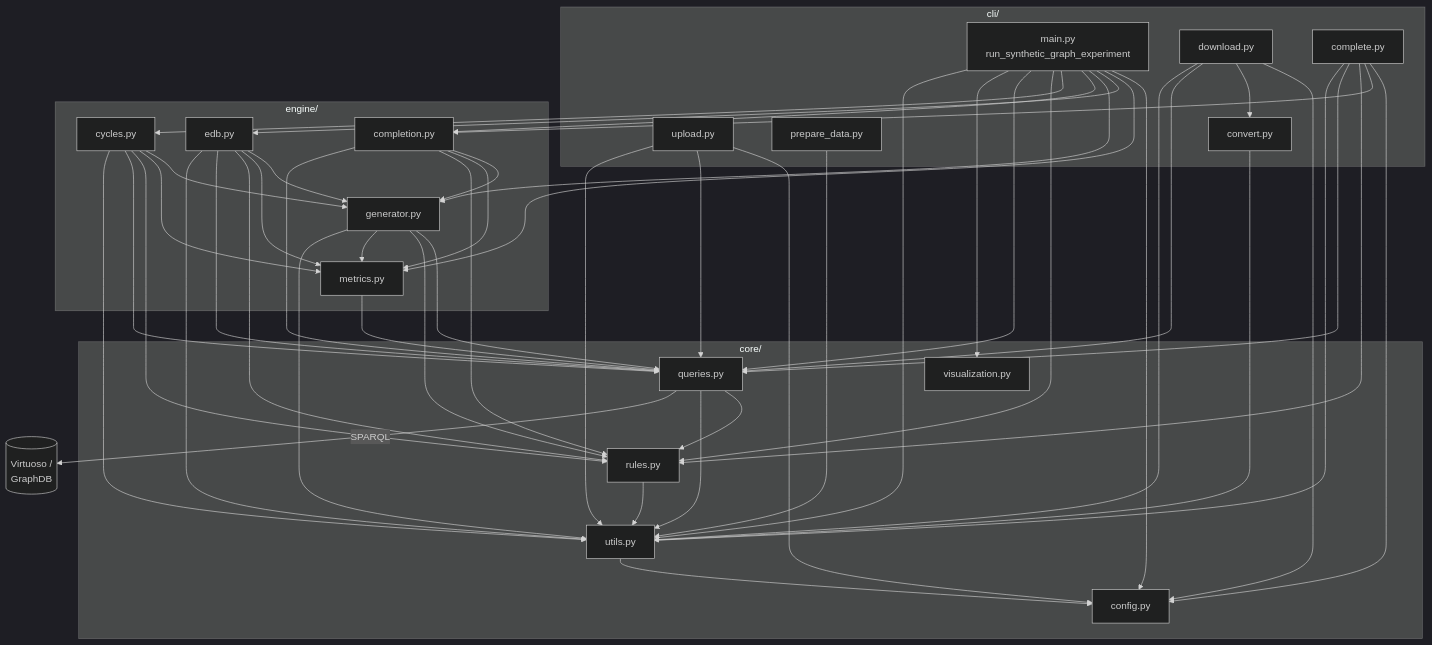
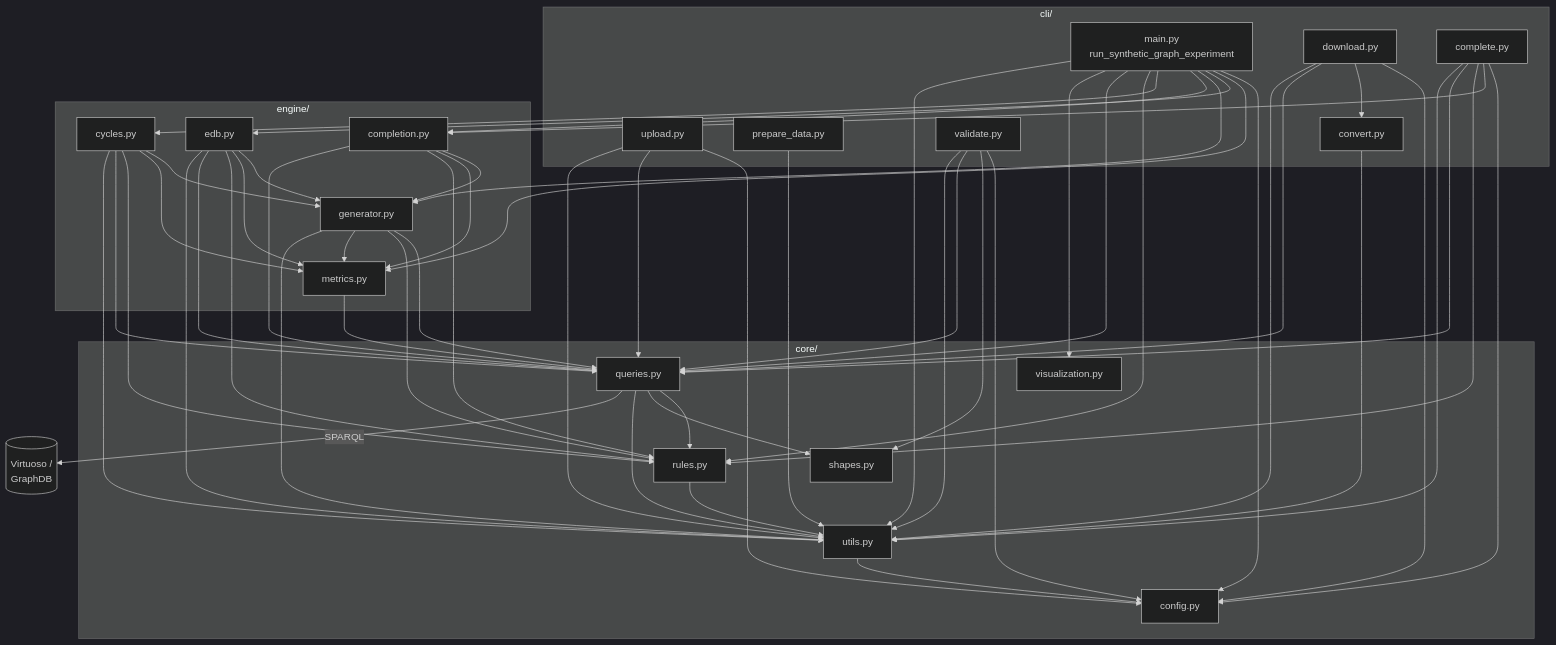
The second of 2 diagrams in docs/architecture.md (DavidGomez00/synthetic-knowledge-graph-generator), drawn with Mermaid (dark theme) before and after one commit. The commit also changed other lines of this file and 8 other files, not shown here.

First line of the commit message:
Add cli/validate.py to check a graph against SHACL-SPARQL shapes

````diff
--- a/docs/architecture.md
+++ b/docs/architecture.md
@@ -39,46 +39,49 @@
 ```mermaid
 flowchart TD
     subgraph cli ["cli/"]
         MAIN["main.py<br/>run_synthetic_graph_experiment"]
         UPLOAD["upload.py"]
         DOWNLOAD["download.py"]
         COMPLETE["complete.py"]
         PREPARE["prepare_data.py"]
         CONVERT["convert.py"]
+        VALIDATE["validate.py"]
     end
 
     subgraph engine ["engine/"]
         METRICS["metrics.py"]
         EDB["edb.py"]
         GEN["generator.py"]
         COMPLETION["completion.py"]
         CYCLES["cycles.py"]
     end
 
     subgraph core ["core/"]
         RULES["rules.py"]
+        SHAPES["shapes.py"]
         QUERIES["queries.py"]
         VIS["visualization.py"]
         CONFIG["config.py"]
         UTILS["utils.py"]
     end
 
     DB[("Virtuoso /<br/>GraphDB")]
 
     MAIN --> CONFIG & METRICS & EDB & GEN & COMPLETION & CYCLES & RULES & QUERIES & VIS & UTILS
     UPLOAD --> CONFIG & QUERIES & UTILS
     DOWNLOAD --> CONFIG & CONVERT & QUERIES & UTILS
     COMPLETE --> CONFIG & COMPLETION & RULES & QUERIES & UTILS
+    VALIDATE --> CONFIG & SHAPES & QUERIES & UTILS
     PREPARE & CONVERT --> UTILS
 
     EDB --> GEN & METRICS & RULES & QUERIES & UTILS
     COMPLETION --> GEN & METRICS & RULES & QUERIES
     CYCLES --> GEN & METRICS & RULES & QUERIES & UTILS
     GEN --> QUERIES & RULES & METRICS & UTILS
     METRICS --> QUERIES
-    QUERIES --> RULES & UTILS
+    QUERIES --> RULES & SHAPES & UTILS
     RULES --> UTILS
     UTILS --> CONFIG
 
     QUERIES -->|SPARQL| DB
 ```
````
